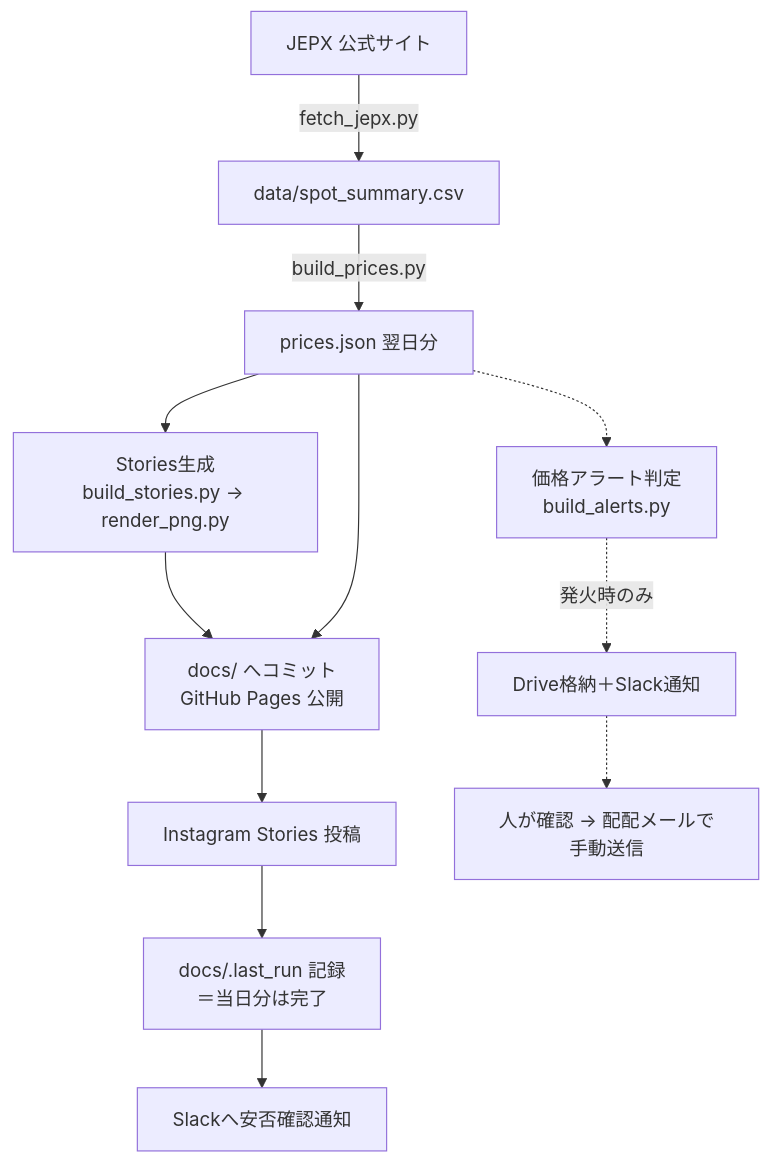
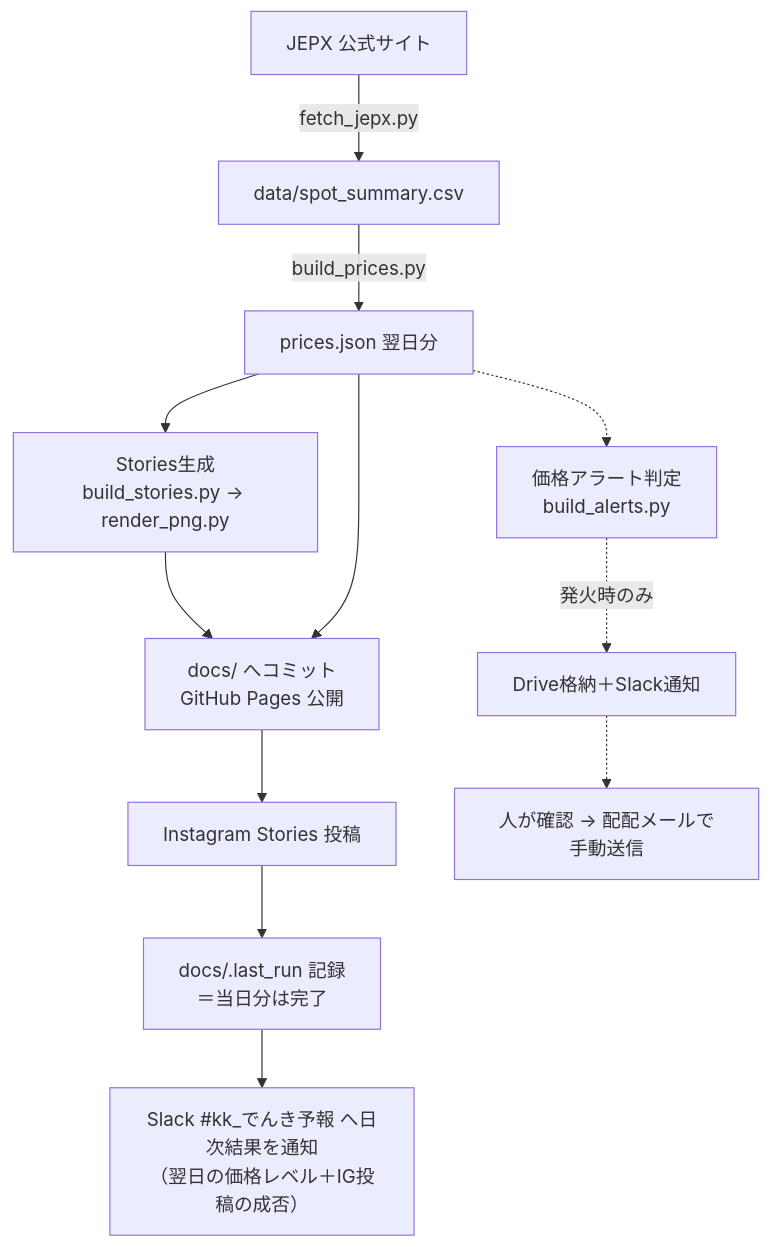
Before and after one commit to tera-energy-jp/tera-denki-yohou: the diagram in README.md, drawn with Mermaid. The commit also changed other lines of this file and 2 other files, not shown here.

````diff
--- a/README.md
+++ b/README.md
@@ -13,16 +13,16 @@
 ```mermaid
 flowchart TD
     A[JEPX 公式サイト] -->|fetch_jepx.py| B[data/spot_summary.csv]
     B -->|build_prices.py| C[prices.json 翌日分]
     C --> F[Stories生成<br>build_stories.py → render_png.py]
     F --> I[docs/ へコミット<br>GitHub Pages 公開]
     C --> I
     I --> J[Instagram Stories 投稿]
     J --> K[docs/.last_run 記録<br>＝当日分は完了]
 
     C -.-> L[価格アラート判定<br>build_alerts.py]
     L -.->|発火時のみ| N[Drive格納＋Slack通知]
     N -.-> P[人が確認 → 配配メールで手動送信]
 
-    K --> Q[Slackへ安否確認通知]
+    K --> Q["Slack #kk_でんき予報 へ日次結果を通知<br>（翌日の価格レベル＋IG投稿の成否）"]
 ```
````
